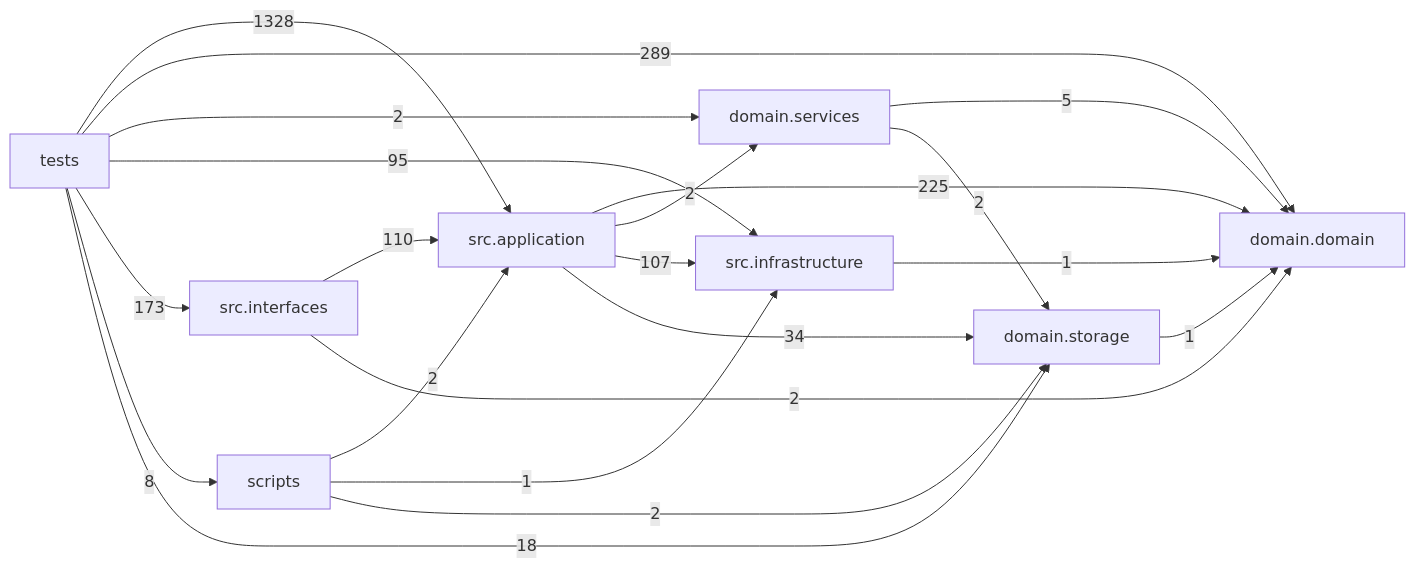
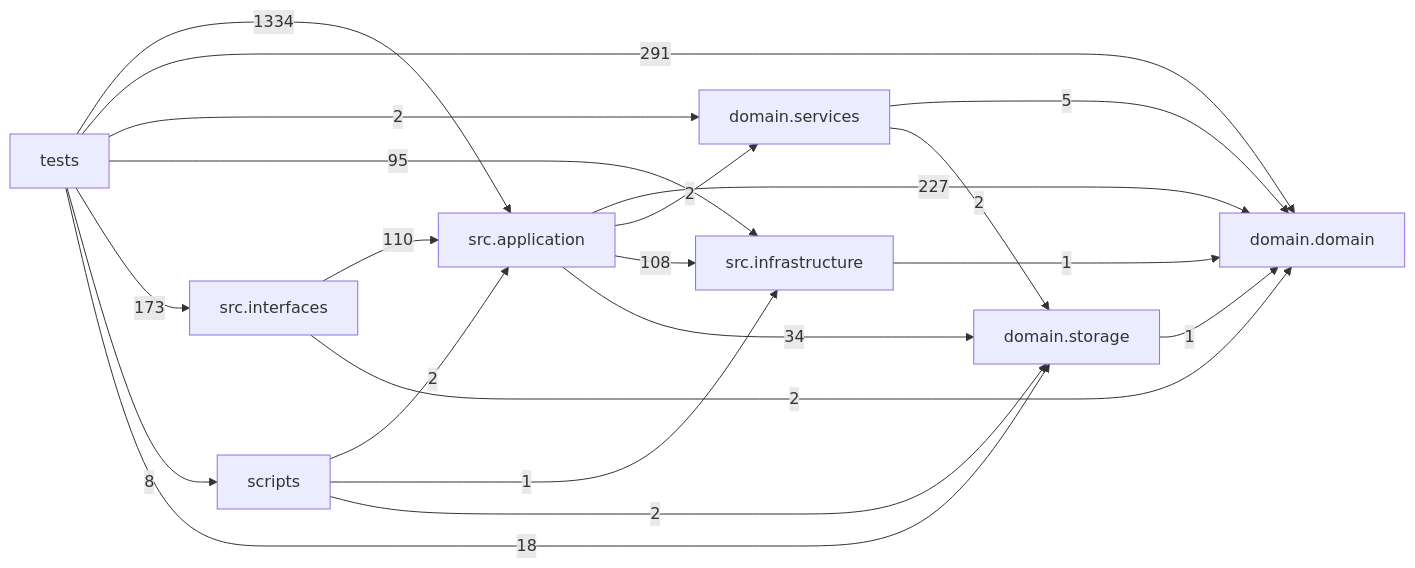
One commit to liuxie066/options-monitor changed the diagram in docs/DEPENDENCY_GRAPH.md. Above: the diagram before and after it, drawn with Mermaid. The commit also changed other lines of this file and 3 other files, not shown here.

````diff
--- a/docs/DEPENDENCY_GRAPH.md
+++ b/docs/DEPENDENCY_GRAPH.md
@@ -24,31 +24,31 @@
 ```mermaid
 flowchart LR
   tests["tests"]
   scripts["scripts"]
   interfaces["src.interfaces"]
   application["src.application"]
   infrastructure["src.infrastructure"]
   domain_services["domain.services"]
   domain["domain.domain"]
   storage["domain.storage"]
-  application -->|225| domain
+  application -->|227| domain
   application -->|2| domain_services
-  application -->|107| infrastructure
+  application -->|108| infrastructure
   application -->|34| storage
   domain_services -->|5| domain
   domain_services -->|2| storage
   infrastructure -->|1| domain
   interfaces -->|110| application
   interfaces -->|2| domain
   scripts -->|2| application
   scripts -->|1| infrastructure
   scripts -->|2| storage
   storage -->|1| domain
-  tests -->|1328| application
-  tests -->|289| domain
+  tests -->|1334| application
+  tests -->|291| domain
   tests -->|2| domain_services
   tests -->|95| infrastructure
   tests -->|173| interfaces
   tests -->|8| scripts
   tests -->|18| storage
 ```
````
